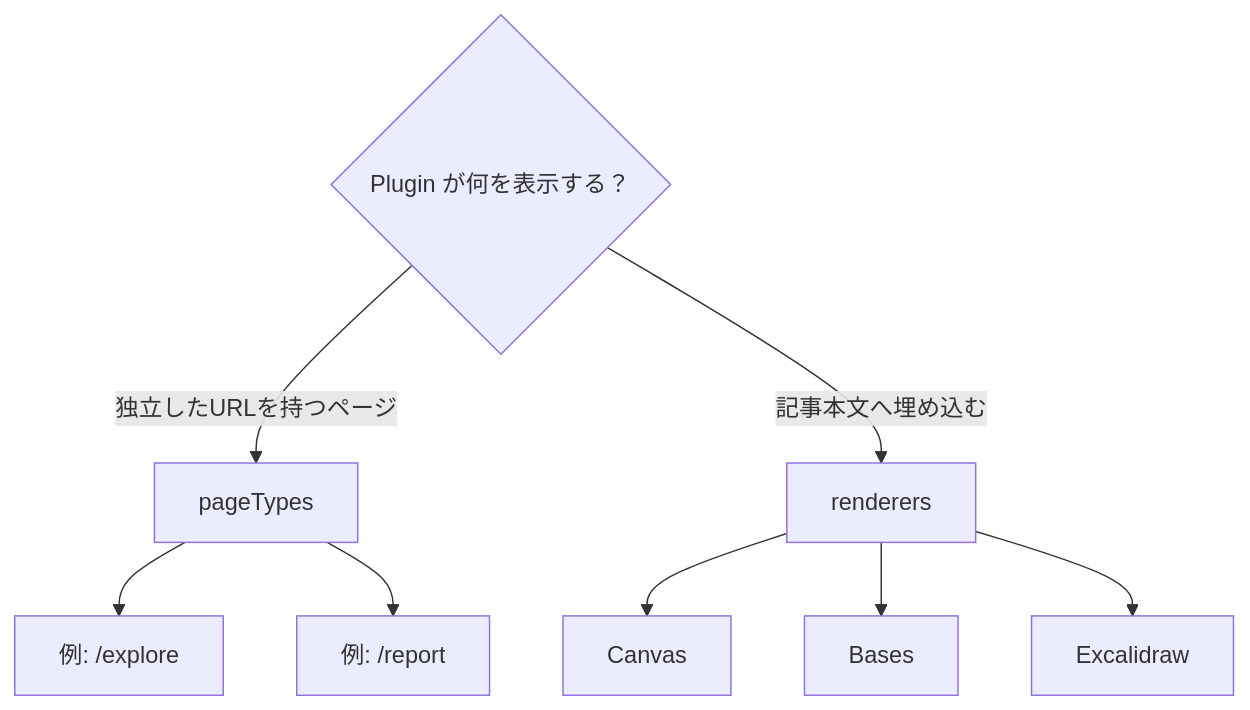
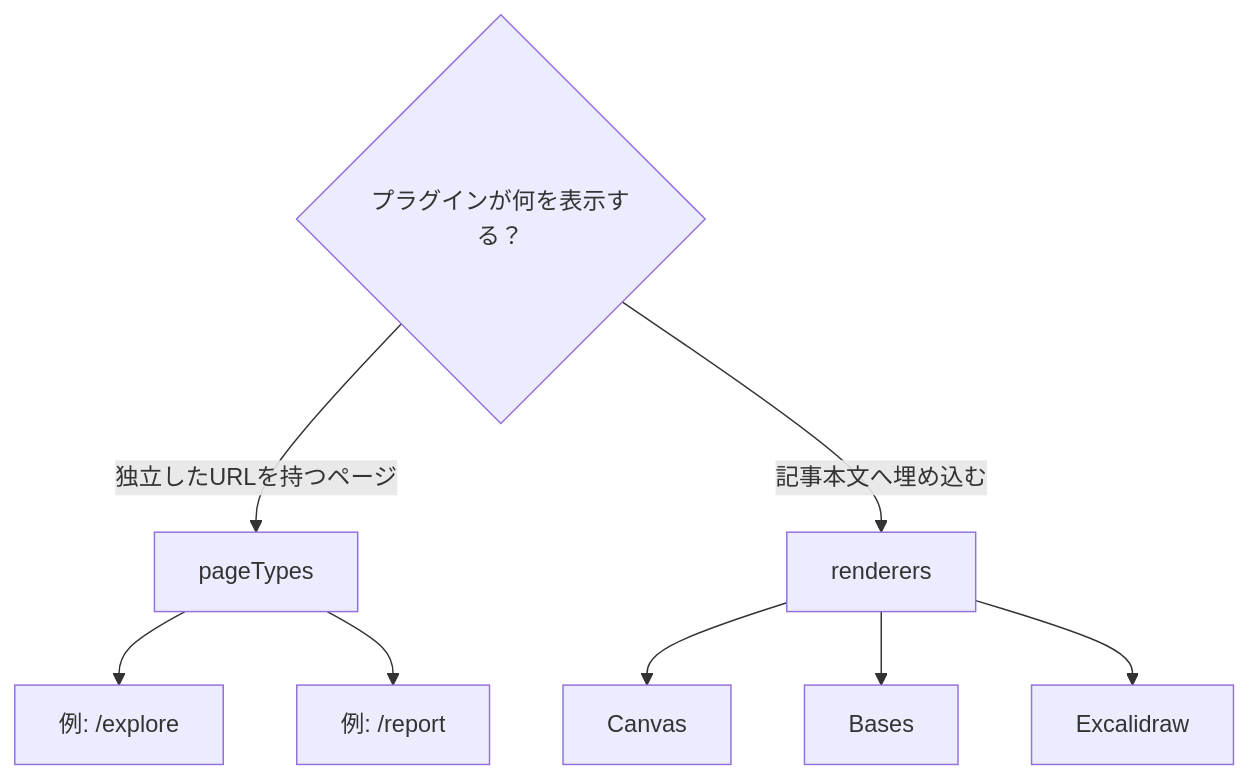
The second of 14 diagrams in docs/docs/framework/page-system.ja.md (Rerurate514/riebeckite), drawn with Mermaid before and after one commit. The commit also changed other lines of this file and 310 other files, not shown here.

````diff
--- a/docs/docs/framework/page-system.ja.md
+++ b/docs/docs/framework/page-system.ja.md
@@ -56,14 +50,14 @@
 ```mermaid id="a1h3fe"
 flowchart TD
-    Q{"Plugin が何を表示する？"}
+    Q{"プラグインが何を表示する？"}
 
     Q -->|"独立したURLを持つページ"| Page["pageTypes"]
     Q -->|"記事本文へ埋め込む"| Renderer["renderers"]
 
     Page --> P1["例: /explore"]
     Page --> P2["例: /report"]
 
     Renderer --> R1["Canvas"]
     Renderer --> R2["Bases"]
     Renderer --> R3["Excalidraw"]
 ```
````
